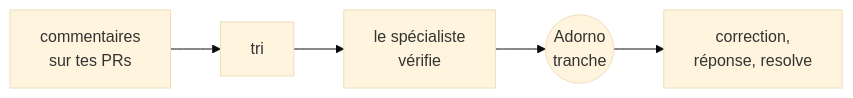
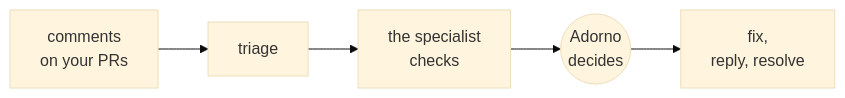
One commit to nicolasmondain/adorno changed the third of 4 diagrams in README.md. Above: the diagram before and after it, drawn with Mermaid (base theme). The commit also changed other lines of this file and 379 other files, not shown here.

````diff
--- a/README.md
+++ b/README.md
@@ -46,4 +46,4 @@
 ```mermaid
 flowchart LR
-  v1["commentaires<br/>sur tes PRs"] --> v2["tri"] --> v3["le spécialiste<br/>vérifie"] --> v4(("Adorno<br/>tranche")) --> v5["correction,<br/>réponse, resolve"]
+  v1["comments<br/>on your PRs"] --> v2["triage"] --> v3["the specialist<br/>checks"] --> v4(("Adorno<br/>decides")) --> v5["fix,<br/>reply, resolve"]
 ```
````
